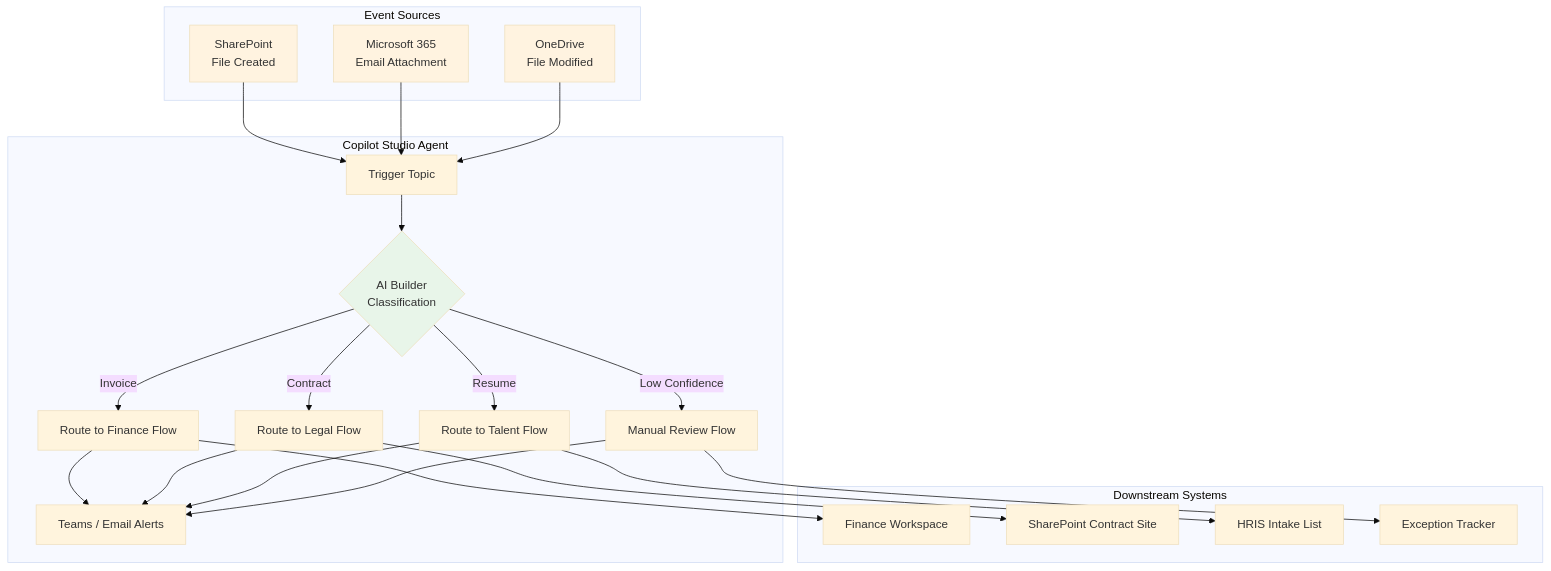
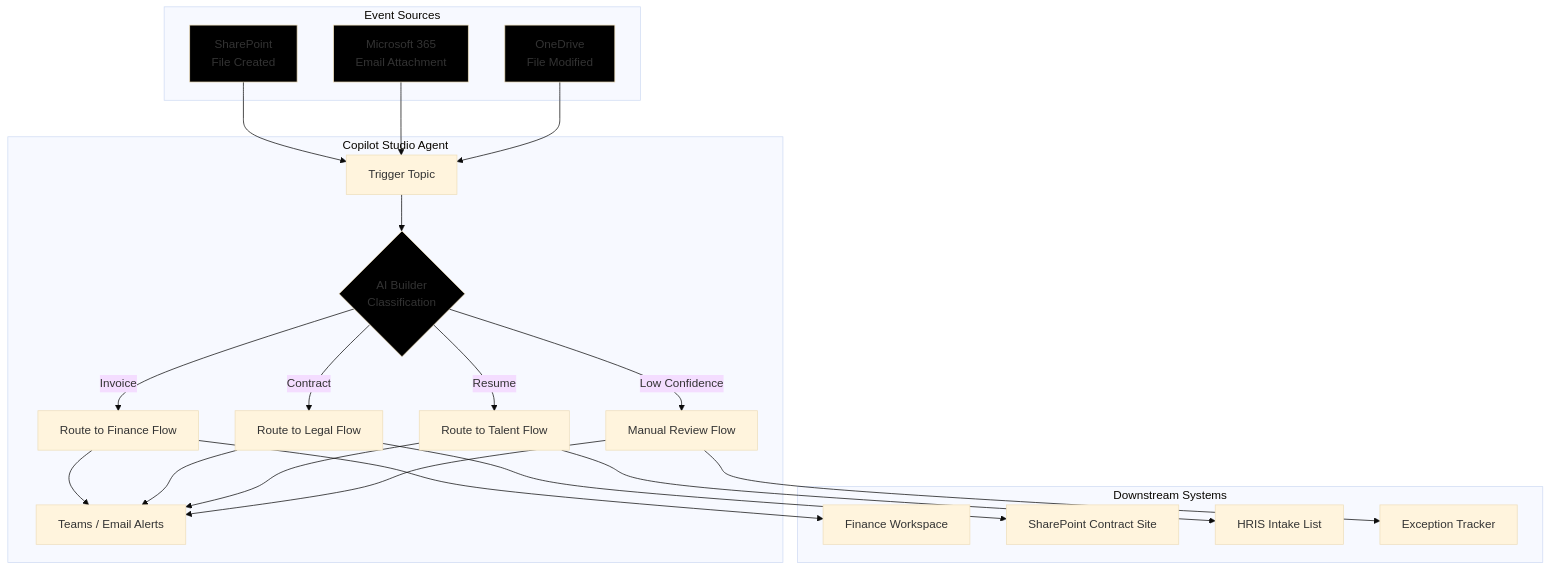
Before and after one commit to timothywarner-org/agents-pro: the first of 2 diagrams in copilot-studio-agents/document-processor-agent/README.md, drawn with Mermaid (base theme). The commit also changed 6 other files, not shown here.

````diff
--- a/copilot-studio-agents/document-processor-agent/README.md
+++ b/copilot-studio-agents/document-processor-agent/README.md
@@ -11,35 +11,35 @@
 ```mermaid
 flowchart TD
     subgraph "Event Sources"
         E1[SharePoint<br/>File Created]
         E2[Microsoft 365<br/>Email Attachment]
         E3[OneDrive<br/>File Modified]
     end
 
     subgraph "Copilot Studio Agent"
         E1 --> T[Trigger Topic]
         E2 --> T
         E3 --> T
         T --> C{AI Builder<br/>Classification}
         C --> |Invoice| P1[Route to Finance Flow]
         C --> |Contract| P2[Route to Legal Flow]
         C --> |Resume| P3[Route to Talent Flow]
         C --> |Low Confidence| P4[Manual Review Flow]
         P1 --> N[Teams / Email Alerts]
         P2 --> N
         P3 --> N
         P4 --> N
     end
 
     subgraph "Downstream Systems"
         P1 --> AP[Finance Workspace]
         P2 --> LEG[SharePoint Contract Site]
         P3 --> HR[HRIS Intake List]
         P4 --> QA[Exception Tracker]
     end
 
-    style E1 fill:#fff3e0
-    style E2 fill:#fff3e0
-    style E3 fill:#fff3e0
-    style C fill:#e8f5e9
+    style E1 fill:#000000
+    style E2 fill:#000000
+    style E3 fill:#000000
+    style C fill:#000000
 ```
````
